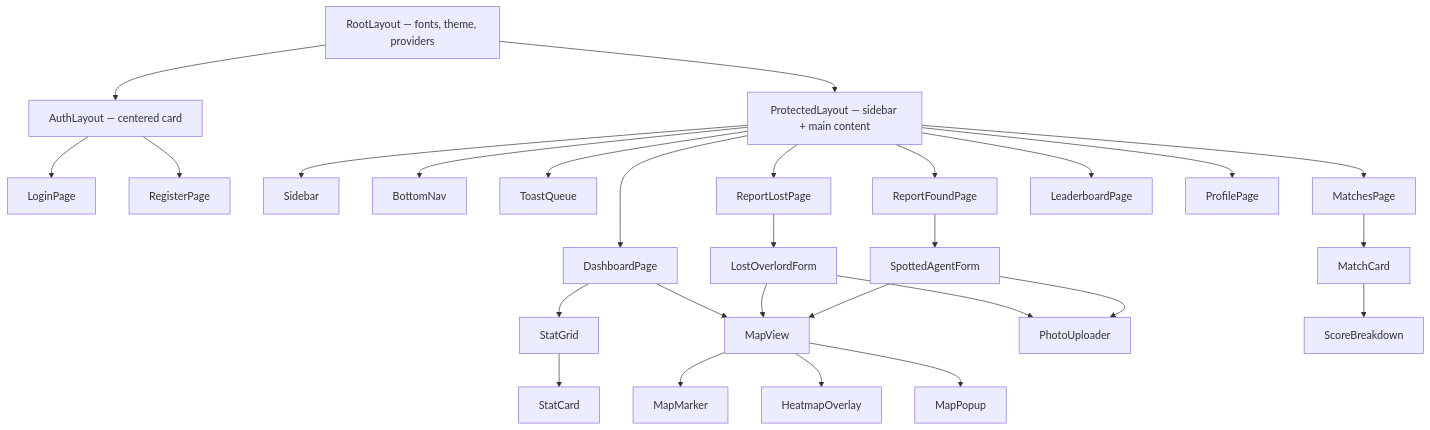
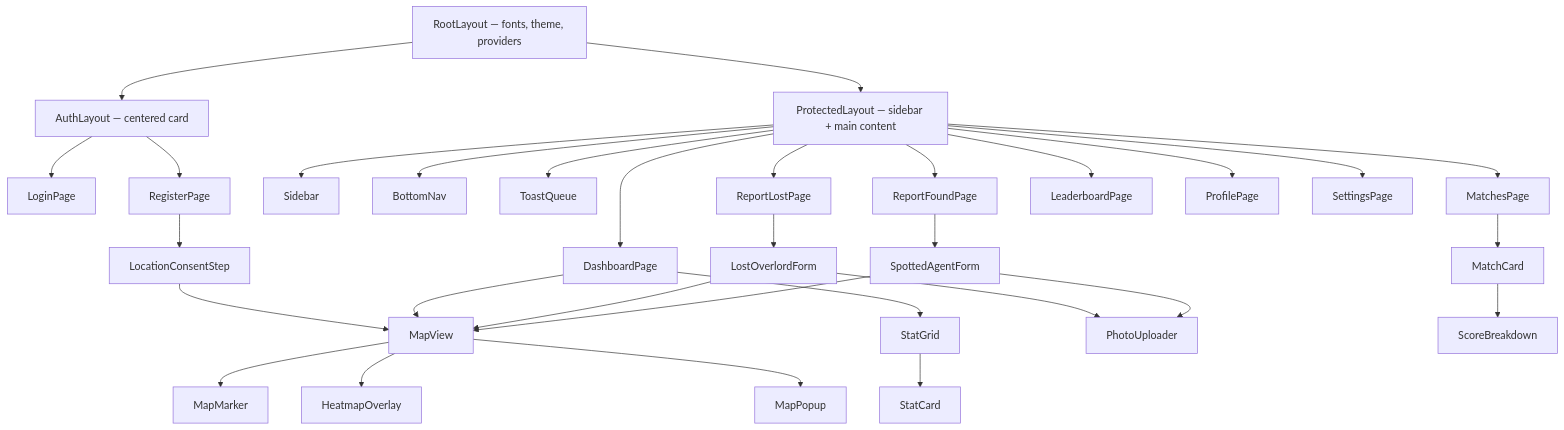
The second of 3 diagrams in .kiro/specs/meowtrix/design.md (tranviet0710/meowtrix), drawn with Mermaid before and after one commit. The commit also changed other lines of this file, not shown here.

````diff
--- a/.kiro/specs/meowtrix/design.md
+++ b/.kiro/specs/meowtrix/design.md
@@ -191,41 +195,44 @@
 ```mermaid
 graph TD
     RootLayout[RootLayout — fonts, theme, providers]
     AuthLayout[AuthLayout — centered card]
     ProtectedLayout[ProtectedLayout — sidebar + main content]
     
     RootLayout --> AuthLayout
     RootLayout --> ProtectedLayout
     
     AuthLayout --> LoginPage
     AuthLayout --> RegisterPage
+    RegisterPage --> LocationConsentStep
+    LocationConsentStep --> MapView
     
     ProtectedLayout --> Sidebar
     ProtectedLayout --> BottomNav
     ProtectedLayout --> ToastQueue
     ProtectedLayout --> DashboardPage
     ProtectedLayout --> ReportLostPage
     ProtectedLayout --> ReportFoundPage
     ProtectedLayout --> MatchesPage
     ProtectedLayout --> LeaderboardPage
     ProtectedLayout --> ProfilePage
+    ProtectedLayout --> SettingsPage
     
     DashboardPage --> StatGrid
     DashboardPage --> MapView
     StatGrid --> StatCard
     
     MapView --> MapMarker
     MapView --> HeatmapOverlay
     MapView --> MapPopup
     
     ReportLostPage --> LostOverlordForm
     LostOverlordForm --> PhotoUploader
     LostOverlordForm --> MapView
     
     ReportFoundPage --> SpottedAgentForm
     SpottedAgentForm --> PhotoUploader
     SpottedAgentForm --> MapView
     
     MatchesPage --> MatchCard
     MatchCard --> ScoreBreakdown
 ```
````
